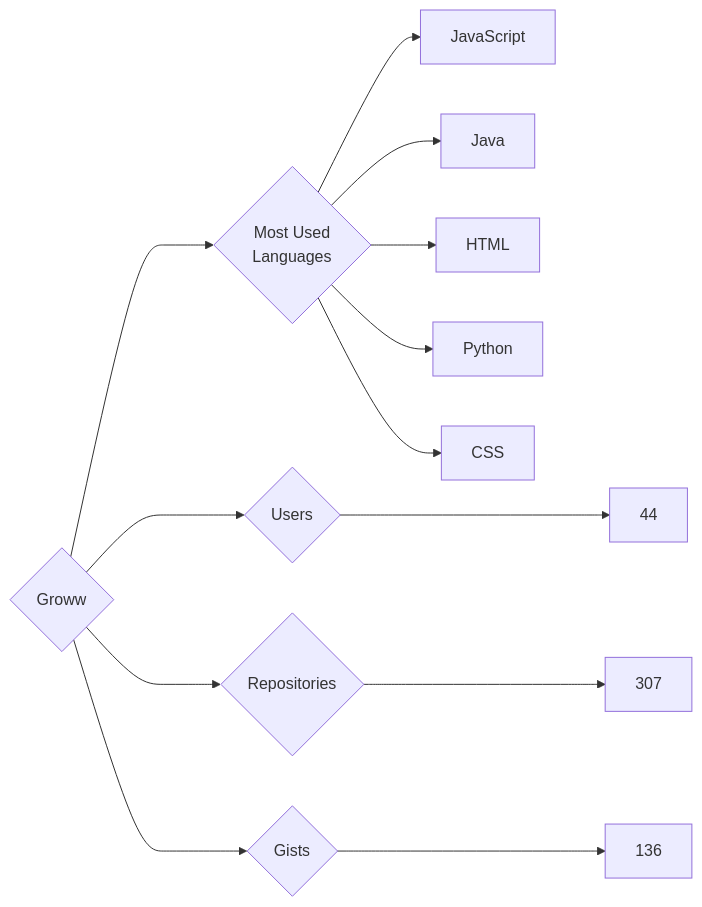
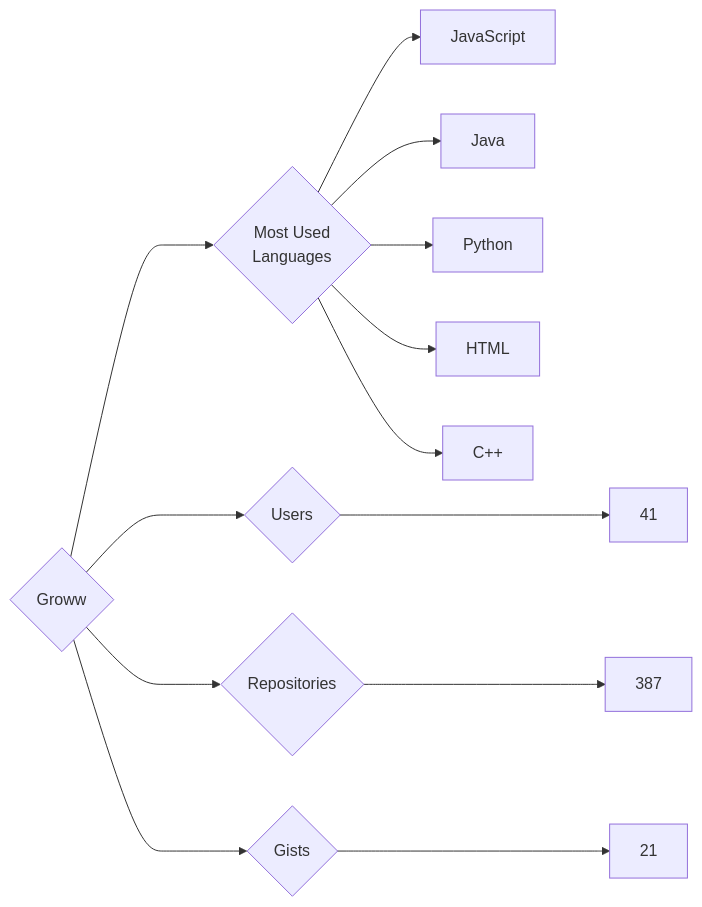
One commit to trickest/insiders changed the diagram in targets/Groww/README.md. Above: the diagram before and after it, drawn with Mermaid. The commit also changed 750 other files, not shown here.

````diff
--- a/targets/Groww/README.md
+++ b/targets/Groww/README.md
@@ -3,13 +3,13 @@
 ```mermaid
 graph LR
 COMPANY_NAME{Groww}
-COMPANY_NAME ---> U{Users} ---> UN[44]
-COMPANY_NAME ---> R{Repositories} ---> RN[307]
-COMPANY_NAME ---> G{Gists} ---> GN[136]
+COMPANY_NAME ---> U{Users} ---> UN[41]
+COMPANY_NAME ---> R{Repositories} ---> RN[387]
+COMPANY_NAME ---> G{Gists} ---> GN[21]
 COMPANY_NAME ---> ML{Most Used<br>Languages}
 ML --> JavaScript[JavaScript]
 ML --> Java[Java]
+ML --> Python[Python]
 ML --> HTML[HTML]
-ML --> Python[Python]
-ML --> CSS[CSS]
+ML --> C++[C++]
 ```
````
